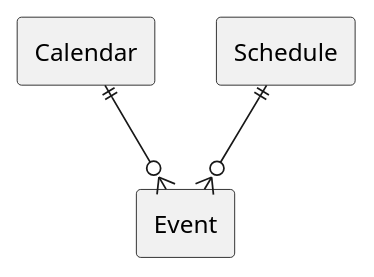
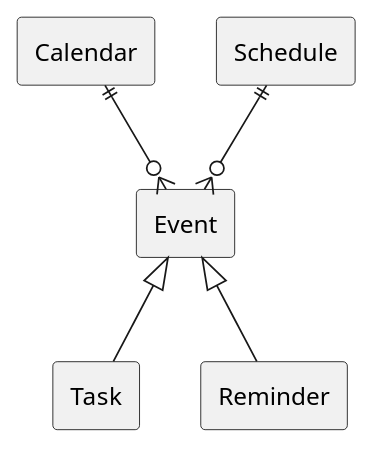
One commit to wicksome/TIL changed the diagram in calendar/README.adoc. Above: the diagram before and after it, drawn with PlantUML.

```diff
--- a/calendar/README.adoc
+++ b/calendar/README.adoc
@@ -17,14 +17,20 @@
 [plantuml]
 ----
 @startuml
 allow_mixing
 
 agent Calendar
 agent Schedule
 agent Event
 
 Calendar ||--o{ Event
 Schedule ||--o{ Event
 
+agent Task
+agent Reminder
+
+Event <|-- Task
+Event <|-- Reminder
+
 @enduml
 ----
```
